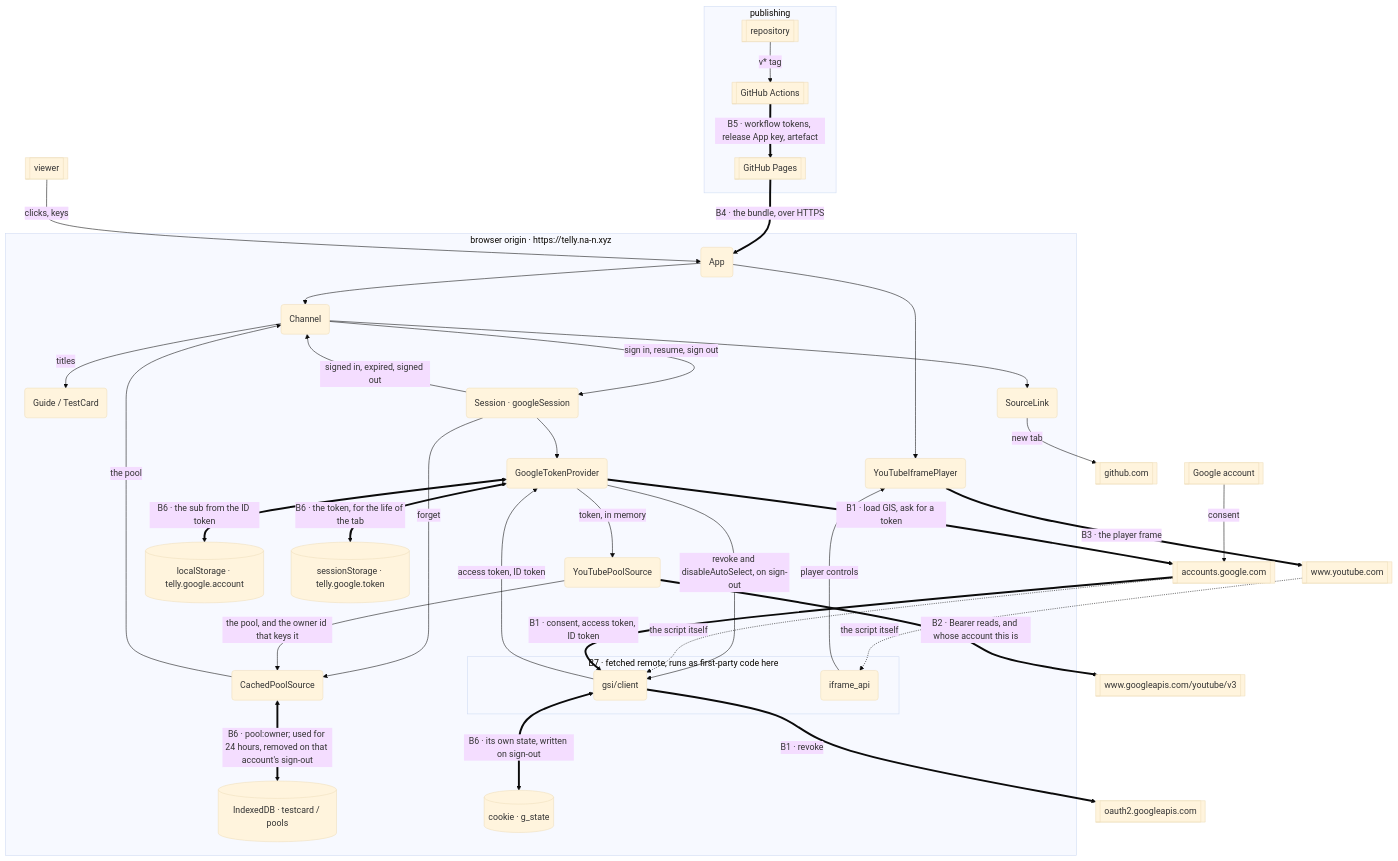
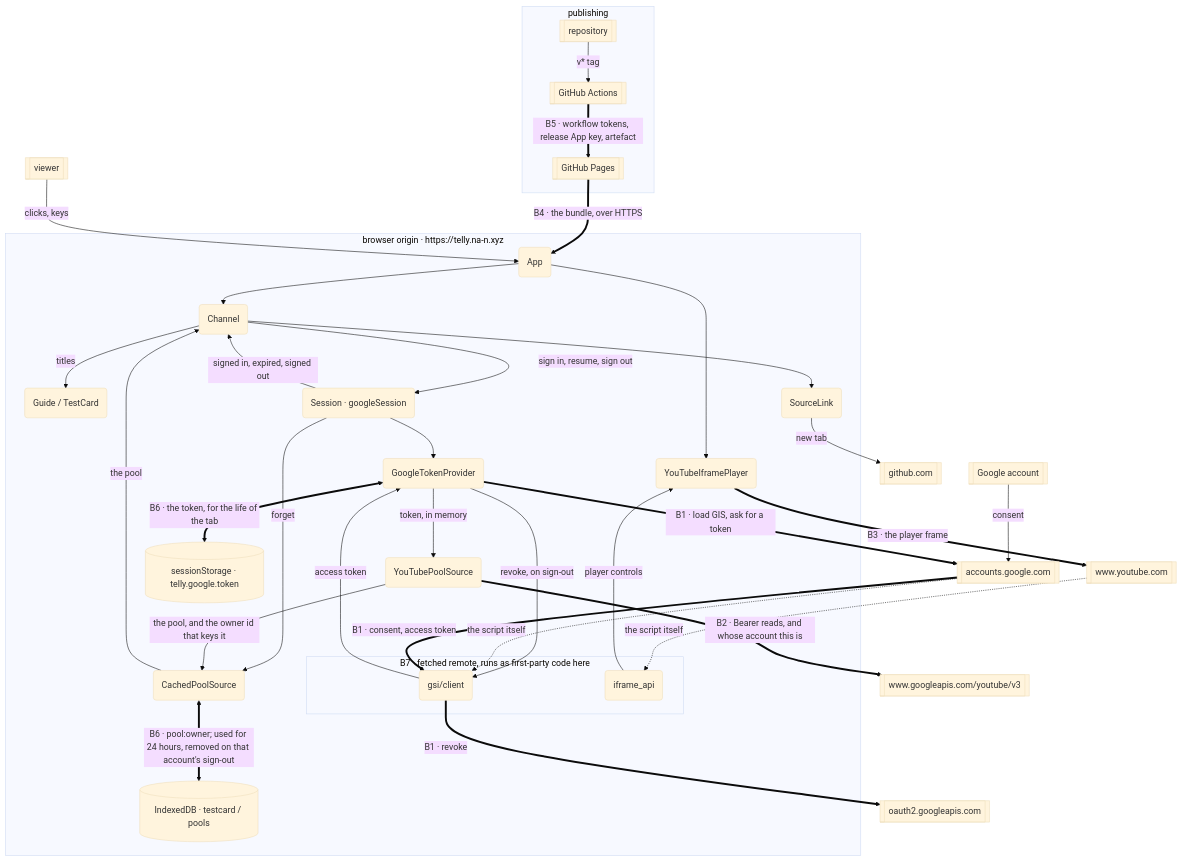
One commit to coolhandle01/telly changed the diagram in docs/architecture/threat-model.md. Above: the diagram before and after it, drawn with Mermaid (base theme). The commit also changed other lines of this file and 4 other files, not shown here.

First line of the commit message:
docs: drop the account step from the architecture docs and README

````diff
--- a/docs/architecture/threat-model.md
+++ b/docs/architecture/threat-model.md
@@ -22,73 +22,69 @@
 ```mermaid
 flowchart TB
   viewer[["viewer"]]
   account[["Google account"]]
 
   subgraph build["publishing"]
     repo[["repository"]] -->|"v* tag"| actions[["GitHub Actions"]]
     actions ==>|"B5 · workflow tokens, release App key, artefact"| pages[["GitHub Pages"]]
   end
 
   subgraph origin["browser origin · https://telly.na-n.xyz"]
     app("App")
     channel("Channel")
     guide("Guide / TestCard")
     sourcelink("SourceLink")
     session("Session · googleSession")
     provider("GoogleTokenProvider")
     ytpool("YouTubePoolSource")
     cached("CachedPoolSource")
     idb[("IndexedDB · testcard / pools")]
-    accountid[("localStorage · telly.google.account")]
     token[("sessionStorage · telly.google.token")]
-    gstate[("cookie · g_state")]
     player("YouTubeIframePlayer")
 
     subgraph scripts["B7 · fetched remote, runs as first-party code here"]
       gsi("gsi/client")
       ytapi("iframe_api")
     end
   end
 
   accounts[["accounts.google.com"]]
   oauth2[["oauth2.googleapis.com"]]
   api[["www.googleapis.com/youtube/v3"]]
   youtube[["www.youtube.com"]]
   github[["github.com"]]
 
   pages ==>|"B4 · the bundle, over HTTPS"| app
   viewer -->|"clicks, keys"| app
   account -->|"consent"| accounts
 
   app --> channel
   app --> player
   channel --> sourcelink
   channel -->|"titles"| guide
   cached -->|"the pool"| channel
 
   channel -->|"sign in, resume, sign out"| session
   session -->|"signed in, expired, signed out"| channel
   session --> provider
   session -->|"forget"| cached
 
   provider ==>|"B1 · load GIS, ask for a token"| accounts
-  provider -->|"revoke and disableAutoSelect, on sign-out"| gsi
+  provider -->|"revoke, on sign-out"| gsi
   gsi ==>|"B1 · revoke"| oauth2
   accounts -.->|"the script itself"| gsi
-  accounts ==>|"B1 · consent, access token, ID token"| gsi
-  gsi -->|"access token, ID token"| provider
-  gsi <==>|"B6 · its own state, written on sign-out"| gstate
+  accounts ==>|"B1 · consent, access token"| gsi
+  gsi -->|"access token"| provider
   provider -->|"token, in memory"| ytpool
-  provider <==>|"B6 · the sub from the ID token"| accountid
   provider <==>|"B6 · the token, for the life of the tab"| token
 
   ytpool ==>|"B2 · Bearer reads, and whose account this is"| api
   ytpool -->|"the pool, and the owner id that keys it"| cached
   cached <==>|"B6 · pool:owner; used for 24 hours, removed on that account's sign-out"| idb
 
   player ==>|"B3 · the player frame"| youtube
   youtube -.->|"the script itself"| ytapi
   ytapi -->|"player controls"| player
 
   sourcelink -->|"new tab"| github
 ```
````
